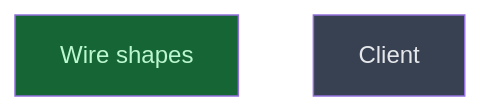
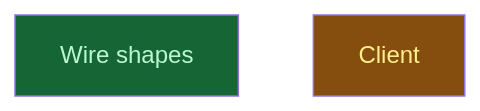
Before and after one commit to CrackingShells/Candler: the diagram in __roadmap__/m5-container-isolation/README.md, drawn with Mermaid. The commit also changed other lines of this file and 5 other files, not shown here.

````diff
--- a/__roadmap__/m5-container-isolation/README.md
+++ b/__roadmap__/m5-container-isolation/README.md
@@ -135,10 +135,10 @@
 ```mermaid
 graph TD
     wire_shapes[Wire shapes]:::done
-    client[Client]:::planned
+    client[Client]:::inprogress
     classDef done       fill:#166534,color:#bbf7d0
     classDef inprogress fill:#854d0e,color:#fef08a
     classDef planned    fill:#374151,color:#e5e7eb
     classDef amendment  fill:#1e3a5f,color:#bfdbfe
     classDef blocked    fill:#7f1d1d,color:#fecaca
 ```
````
